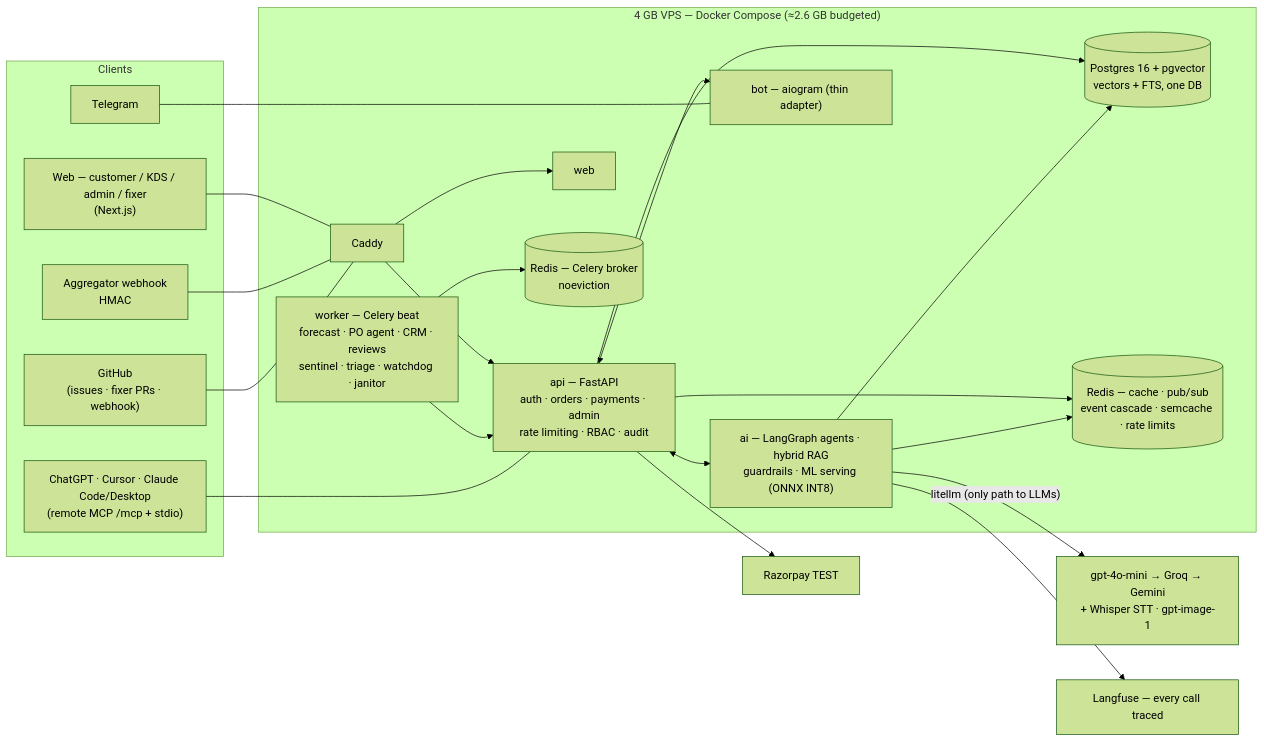
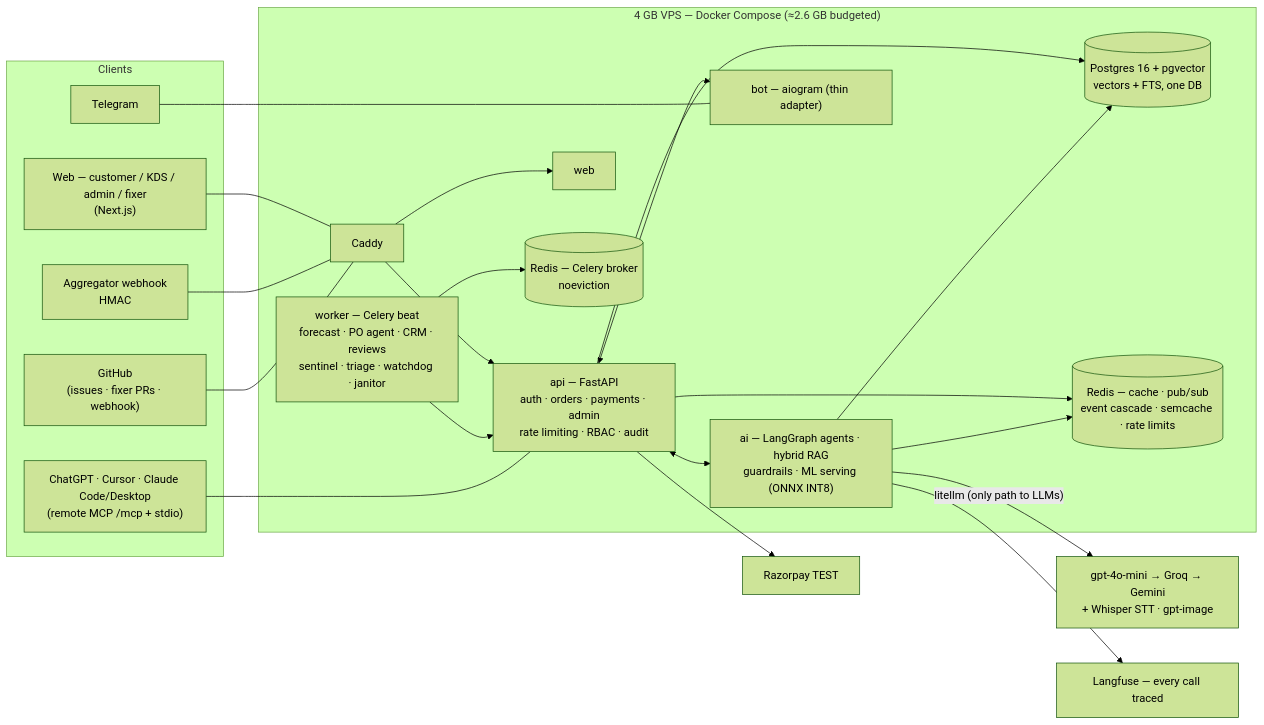
Before and after one commit to venkathub/dosadash: the first of 2 diagrams in README.md, drawn with Mermaid (forest theme). The commit also changed other lines of this file and 51 other files, not shown here.

````diff
--- a/README.md
+++ b/README.md
@@ -11,32 +11,32 @@
 ```mermaid
 flowchart LR
   subgraph clients [Clients]
     W["Web — customer / KDS / admin / fixer<br/>(Next.js)"]
     TG[Telegram]
     CD["ChatGPT · Cursor · Claude Code/Desktop<br/>(remote MCP /mcp + stdio)"]
     AGG[Aggregator webhook<br/>HMAC]
     GH["GitHub<br/>(issues · fixer PRs · webhook)"]
   end
 
   subgraph vps ["4 GB VPS — Docker Compose (≈2.6 GB budgeted)"]
     CADDY[Caddy] --> API["api — FastAPI<br/>auth · orders · payments · admin<br/>rate limiting · RBAC · audit"]
     CADDY --> WEB[web]
     API <--> AI["ai — LangGraph agents · hybrid RAG<br/>guardrails · ML serving (ONNX INT8)"]
     API <--> BOT["bot — aiogram (thin adapter)"]
     WORKER["worker — Celery beat<br/>forecast · PO agent · CRM · reviews<br/>sentinel · triage · watchdog · janitor"] --> API
     API --> PG[("Postgres 16 + pgvector<br/>vectors + FTS, one DB")]
     API --> REDIS[("Redis — cache · pub/sub<br/>event cascade · semcache · rate limits")]
     WORKER --> RC[("Redis — Celery broker<br/>noeviction")]
     AI --> PG
     AI --> REDIS
   end
 
-  AI -- "litellm (only path to LLMs)" --> CHAIN["gpt-4o-mini → Groq → Gemini<br/>+ Whisper STT · gpt-image-1"]
+  AI -- "litellm (only path to LLMs)" --> CHAIN["gpt-4o-mini → Groq → Gemini<br/>+ Whisper STT · gpt-image"]
   AI --> LF[Langfuse — every call traced]
   API --> RZP[Razorpay TEST]
   W --- CADDY
   TG --- BOT
   CD --- API
   AGG --- CADDY
   GH --- CADDY
 ```
````
